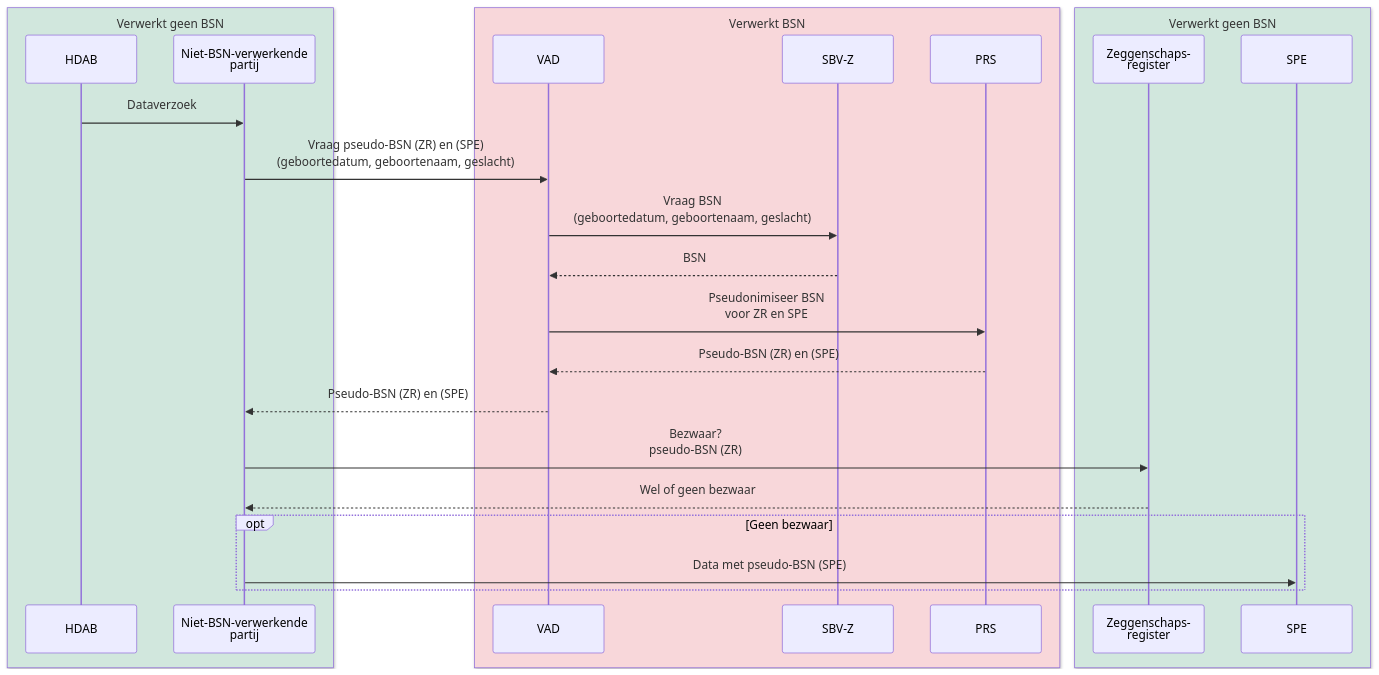
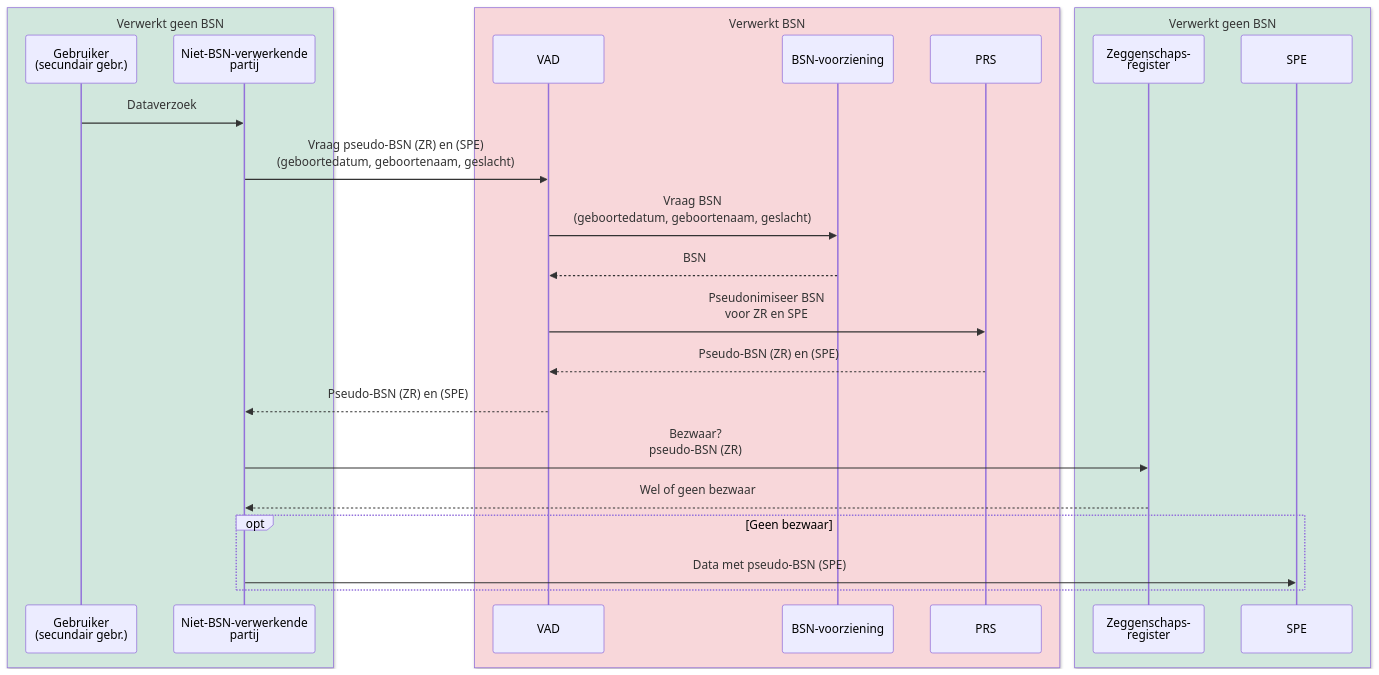
The fifth of 8 diagrams in input/pagecontent/identification-sg.md (minvws/generiekefuncties-docs), drawn with Mermaid before and after one commit. The commit also changed other lines of this file and 1 other file, not shown here.

````diff
--- a/input/pagecontent/identification-sg.md
+++ b/input/pagecontent/identification-sg.md
@@ -320,29 +321,29 @@
 ```mermaid
 sequenceDiagram
     box rgb(209,231,221) Verwerkt geen BSN
-        participant hdab as HDAB
+        participant gebruiker as Gebruiker<br/>(secundair gebr.)
         participant partij as Niet-BSN-verwerkende<br/>partij
     end
     box rgb(248,215,218) Verwerkt BSN
         participant vad as VAD
-        participant sbvz as SBV-Z
+        participant sbvz as BSN-voorziening
         participant prs as PRS
     end
     box rgb(209,231,221) Verwerkt geen BSN
         participant zr as Zeggenschaps-<br/>register
         participant spe as SPE
     end
 
-    hdab->>partij: Dataverzoek
+    gebruiker->>partij: Dataverzoek
     partij->>vad: Vraag pseudo-BSN (ZR) en (SPE)<br/>(geboortedatum, geboortenaam, geslacht)
     vad->>sbvz: Vraag BSN<br/>(geboortedatum, geboortenaam, geslacht)
     sbvz-->>vad: BSN
     vad->>prs: Pseudonimiseer BSN<br/>voor ZR en SPE
     prs-->>vad: Pseudo-BSN (ZR) en (SPE)
     vad-->>partij: Pseudo-BSN (ZR) en (SPE)
     partij->>zr: Bezwaar?<br/>pseudo-BSN (ZR)
     zr-->>partij: Wel of geen bezwaar
     opt Geen bezwaar
         partij->>spe: Data met pseudo-BSN (SPE)
     end
 ```
````
